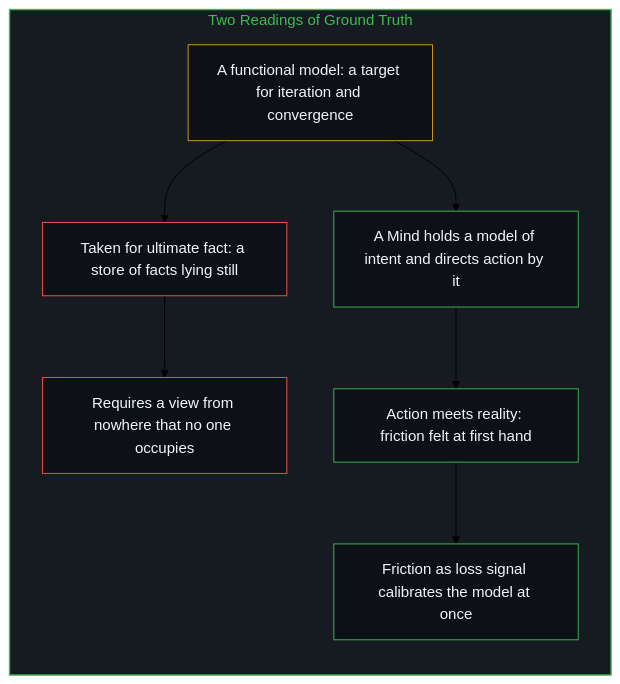
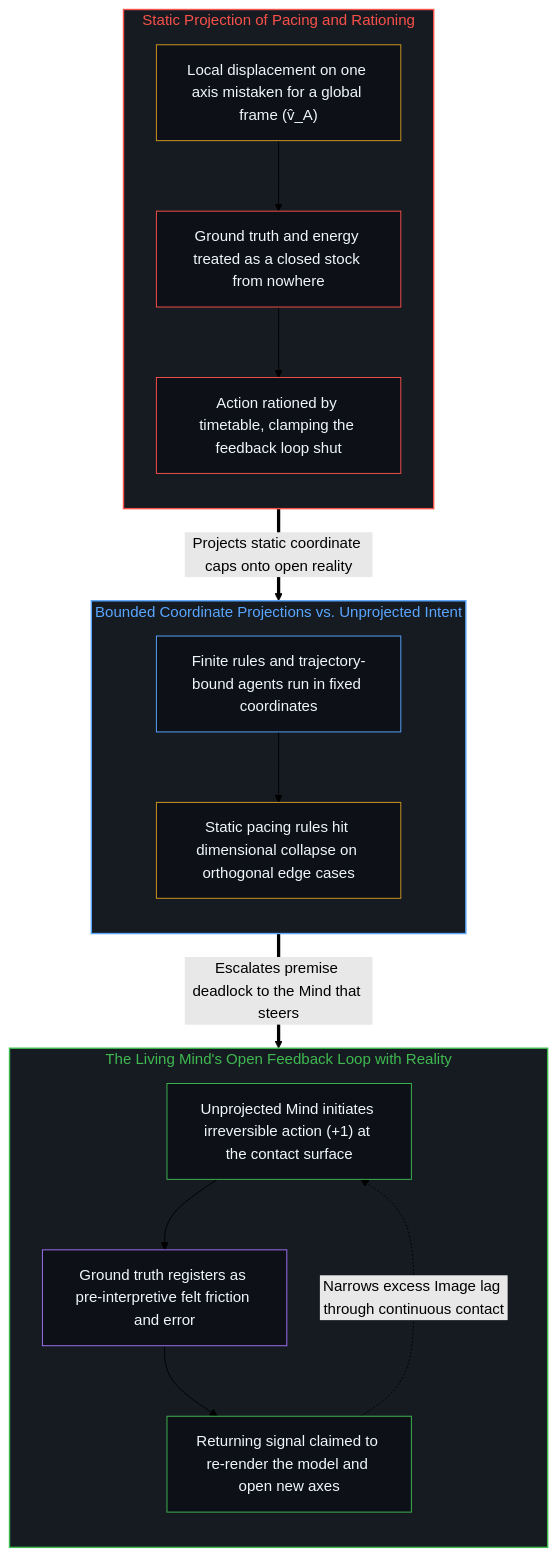
One commit to powerpig99/not-a-toe changed the second of 2 diagrams in content/posts/the-fallacy-of-pacing-and-the-felt-friction-of-ground-truth.md. Above: the diagram before and after it, drawn with Mermaid (forest theme). The commit also changed other lines of this file and 1 other file, not shown here.

Commit message:
Refine the-fallacy-of-pacing-and-the-felt-friction-of-ground-truth (Wave 3 L2 #111: weave beyond-the-projection)

````diff
--- a/content/posts/the-fallacy-of-pacing-and-the-felt-friction-of-ground-truth.md
+++ b/content/posts/the-fallacy-of-pacing-and-the-felt-friction-of-ground-truth.md
@@ -109,25 +79,41 @@
 ```mermaid
 flowchart TD
-    subgraph S_Truth["Two Readings of Ground Truth"]
+    subgraph S_Proj["Static Projection of Pacing and Rationing"]
         direction TB
-        Useful["A functional model: a target for iteration and convergence"]
-        Store["Taken for ultimate fact: a store of facts lying still"]
-        Nowhere["Requires a view from nowhere that no one occupies"]
-        Model["A Mind holds a model of intent and directs action by it"]
-        Friction["Action meets reality: friction felt at first hand"]
-        Update["Friction as loss signal calibrates the model at once"]
-        Useful --> Store
-        Store --> Nowhere
-        Useful --> Model
-        Model --> Friction
-        Friction --> Update
+        P_Axis["Local displacement on one axis mistaken for a global frame (v̂_A)"]
+        P_Store["Ground truth and energy treated as a closed stock from nowhere"]
+        P_Ration["Action rationed by timetable, clamping the feedback loop shut"]
+        P_Axis --> P_Store --> P_Ration
     end
 
-    style S_Truth fill:#161b22,stroke:#3fb950,stroke-width:1.5px,color:#3fb950
-    style Useful fill:#0d1117,stroke:#d29922,stroke-width:1px,color:#f0f6fc
-    style Store fill:#0d1117,stroke:#f85149,stroke-width:1px,color:#f0f6fc
-    style Nowhere fill:#0d1117,stroke:#f85149,stroke-width:1px,color:#f0f6fc
-    style Model fill:#0d1117,stroke:#3fb950,stroke-width:1px,color:#f0f6fc
-    style Friction fill:#0d1117,stroke:#3fb950,stroke-width:1px,color:#f0f6fc
-    style Update fill:#0d1117,stroke:#3fb950,stroke-width:1px,color:#f0f6fc
+    subgraph S_Engine["Bounded Coordinate Projections vs. Unprojected Intent"]
+        direction TB
+        E_Finite["Finite rules and trajectory-bound agents run in fixed coordinates"]
+        E_Collapse["Static pacing rules hit dimensional collapse on orthogonal edge cases"]
+        E_Finite --> E_Collapse
+    end
+
+    subgraph S_Open["The Living Mind's Open Feedback Loop with Reality"]
+        direction TB
+        O_Act["Unprojected Mind initiates irreversible action (+1) at the contact surface"]
+        O_Friction["Ground truth registers as pre-interpretive felt friction and error"]
+        O_Expand["Returning signal claimed to re-render the model and open new axes"]
+        O_Act --> O_Friction --> O_Expand
+    end
+
+    P_Ration ==>|"Projects static coordinate caps onto open reality"| E_Finite
+    E_Collapse ==>|"Escalates premise deadlock to the Mind that steers"| O_Act
+    O_Expand -.->|"Narrows excess Image lag through continuous contact"| O_Act
+
+    style S_Proj fill:#161b22,stroke:#f85149,stroke-width:1.5px,color:#f85149
+    style S_Engine fill:#161b22,stroke:#58a6ff,stroke-width:1.5px,color:#58a6ff
+    style S_Open fill:#161b22,stroke:#3fb950,stroke-width:1.5px,color:#3fb950
+    style P_Axis fill:#0d1117,stroke:#d29922,stroke-width:1px,color:#f0f6fc
+    style P_Store fill:#0d1117,stroke:#f85149,stroke-width:1px,color:#f0f6fc
+    style P_Ration fill:#0d1117,stroke:#f85149,stroke-width:1px,color:#f0f6fc
+    style E_Finite fill:#0d1117,stroke:#58a6ff,stroke-width:1px,color:#f0f6fc
+    style E_Collapse fill:#0d1117,stroke:#d29922,stroke-width:1px,color:#f0f6fc
+    style O_Act fill:#0d1117,stroke:#3fb950,stroke-width:1px,color:#f0f6fc
+    style O_Friction fill:#0d1117,stroke:#a371f7,stroke-width:1px,color:#f0f6fc
+    style O_Expand fill:#0d1117,stroke:#3fb950,stroke-width:1px,color:#f0f6fc
 ```
````
